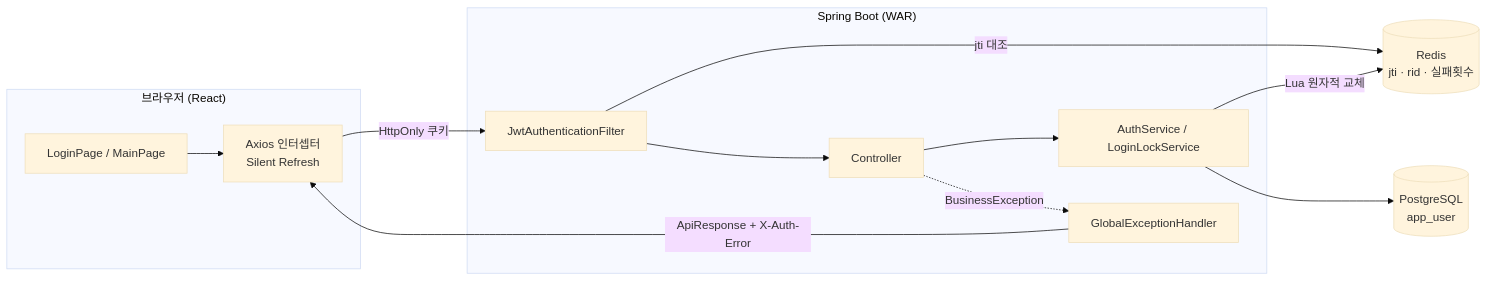
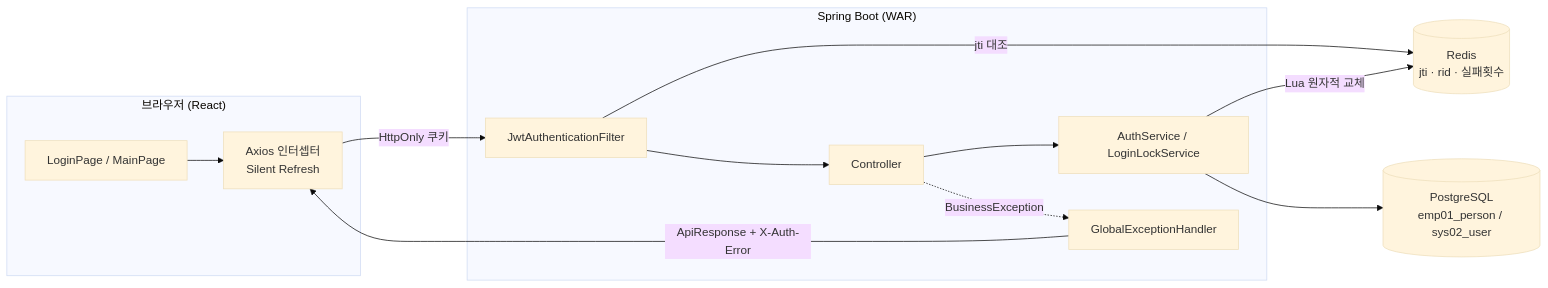
One commit to KimDoYoung/framework-sprt changed the first of 4 diagrams in docs/security-설계.md. Above: the diagram before and after it, drawn with Mermaid (base theme). The commit also changed other lines of this file and 54 other files, not shown here.

````diff
--- a/docs/security-설계.md
+++ b/docs/security-설계.md
@@ -61,24 +61,24 @@
 ```mermaid
 flowchart LR
     subgraph Browser["브라우저 (React)"]
         UI[LoginPage / MainPage]
         AX[Axios 인터셉터<br/>Silent Refresh]
     end
     subgraph Server["Spring Boot (WAR)"]
         F[JwtAuthenticationFilter]
         C[Controller]
         S[AuthService / LoginLockService]
         G[GlobalExceptionHandler]
     end
     R[(Redis<br/>jti · rid · 실패횟수)]
-    D[(PostgreSQL<br/>app_user)]
+    D[(PostgreSQL<br/>emp01_person / sys02_user)]
 
     UI --> AX
     AX -- "HttpOnly 쿠키" --> F
     F -- "jti 대조" --> R
     F --> C --> S
     S -- "Lua 원자적 교체" --> R
     S --> D
     C -. "BusinessException" .-> G
     G -- "ApiResponse + X-Auth-Error" --> AX
 ```
````
